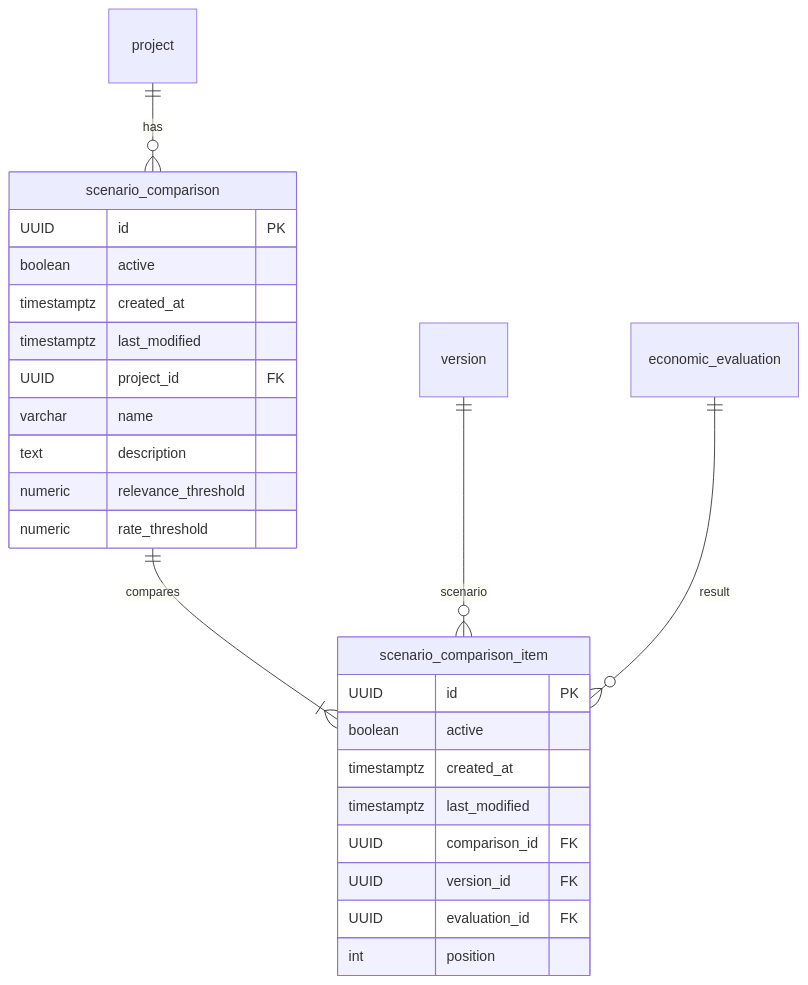
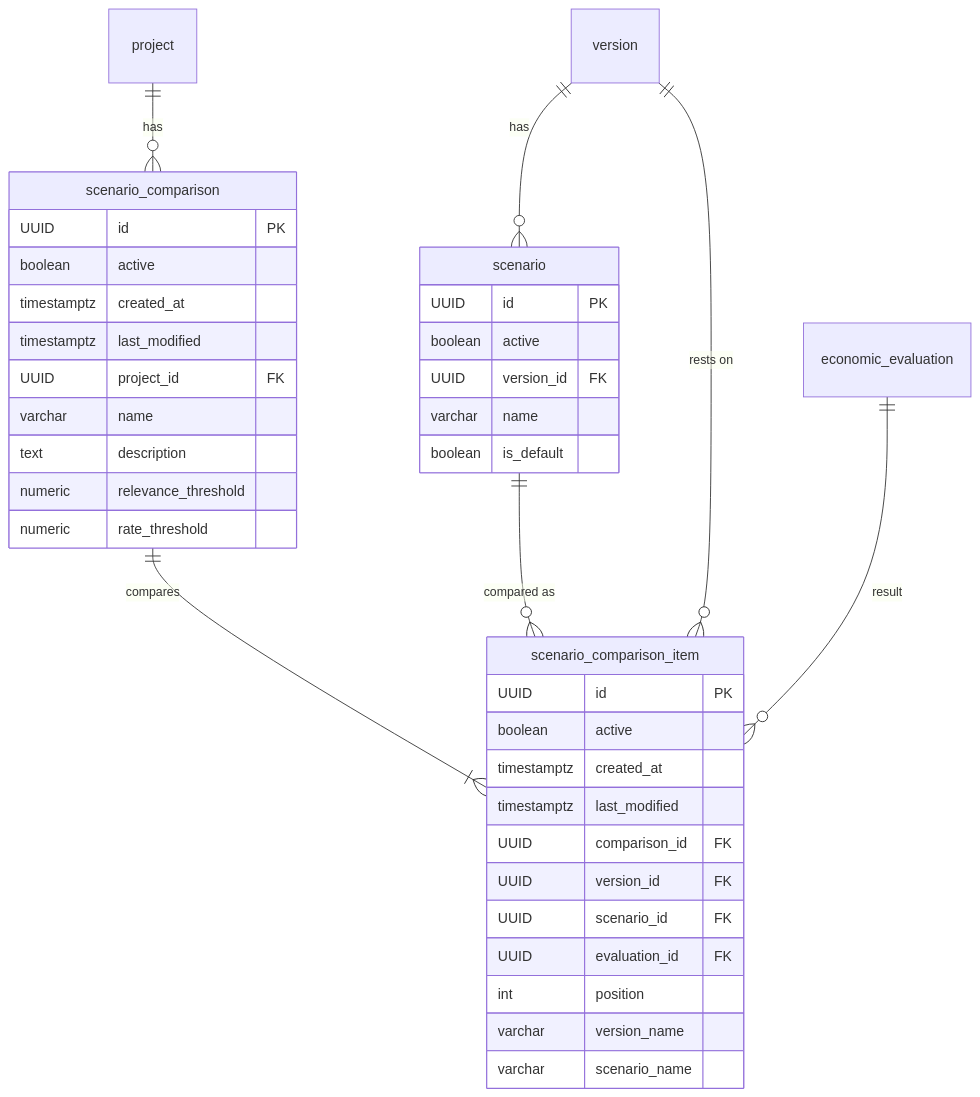
One commit to LucasThier/EnerScope-G11-K5053 changed the first of 2 diagrams in docs/scenario-comparison.md. Above: the diagram before and after it, drawn with Mermaid. The commit also changed other lines of this file and 11 other files, not shown here.

````diff
--- a/docs/scenario-comparison.md
+++ b/docs/scenario-comparison.md
@@ -192,29 +193,41 @@
 ```mermaid
 erDiagram
     project ||--o{ scenario_comparison : "has"
     scenario_comparison ||--|{ scenario_comparison_item : "compares"
-    version ||--o{ scenario_comparison_item : "scenario"
+    version ||--o{ scenario : "has"
+    scenario ||--o{ scenario_comparison_item : "compared as"
+    version ||--o{ scenario_comparison_item : "rests on"
     economic_evaluation ||--o{ scenario_comparison_item : "result"
 
     scenario_comparison {
         UUID id PK
         boolean active
         timestamptz created_at
         timestamptz last_modified
         UUID project_id FK
         varchar name
         text description
         numeric relevance_threshold
         numeric rate_threshold
     }
     scenario_comparison_item {
         UUID id PK
         boolean active
         timestamptz created_at
         timestamptz last_modified
         UUID comparison_id FK
         UUID version_id FK
+        UUID scenario_id FK
         UUID evaluation_id FK
         int position
+        varchar version_name
+        varchar scenario_name
+    }
+    scenario {
+        UUID id PK
+        boolean active
+        UUID version_id FK
+        varchar name
+        boolean is_default
     }
 ```
````
